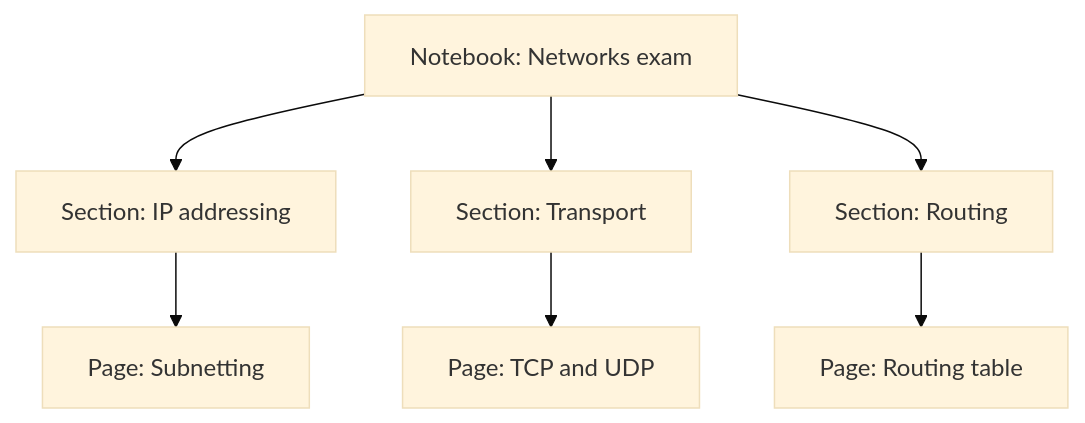
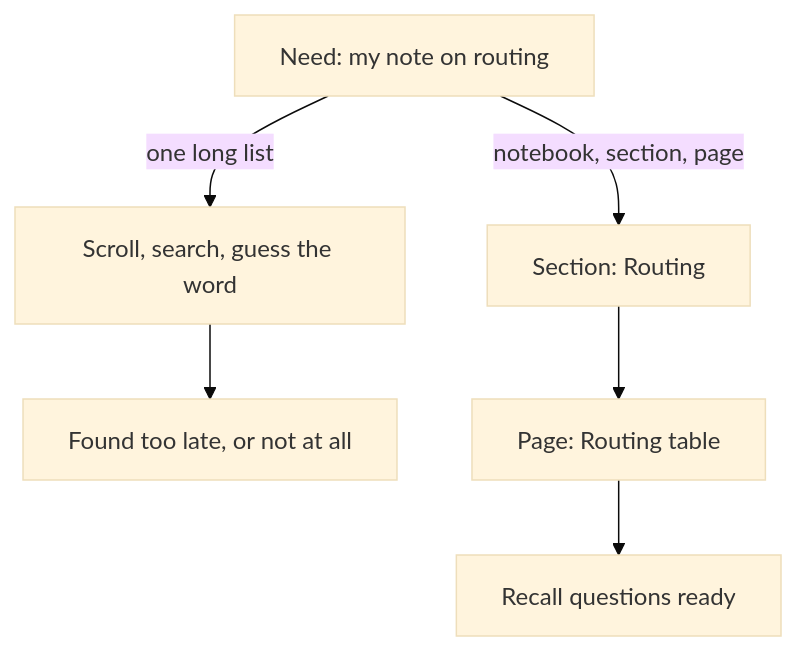
One commit to Muhammad-AnasKhan/Buildment changed the diagram in content/import/build-with-ai/03-learn-deeply-with-ai/03.06-notes-you-own.md. Above: the diagram before and after it, drawn with Mermaid (base theme). The commit also changed other lines of this file and 17 other files, not shown here.

````diff
--- a/content/import/build-with-ai/03-learn-deeply-with-ai/03.06-notes-you-own.md
+++ b/content/import/build-with-ai/03-learn-deeply-with-ai/03.06-notes-you-own.md
@@ -96,9 +94,8 @@
 ```mermaid
 flowchart TD
-  N["Notebook: Networks exam"] --> A["Section: IP addressing"]
-  N --> B["Section: Transport"]
-  N --> C["Section: Routing"]
-  A --> P1["Page: Subnetting"]
-  B --> P2["Page: TCP and UDP"]
-  C --> P3["Page: Routing table"]
+  Q["Need: my note on routing"] -->|"one long list"| L["Scroll, search, guess the word"]
+  L --> M["Found too late, or not at all"]
+  Q -->|"notebook, section, page"| S["Section: Routing"]
+  S --> P["Page: Routing table"]
+  P --> R["Recall questions ready"]
 ```
````
